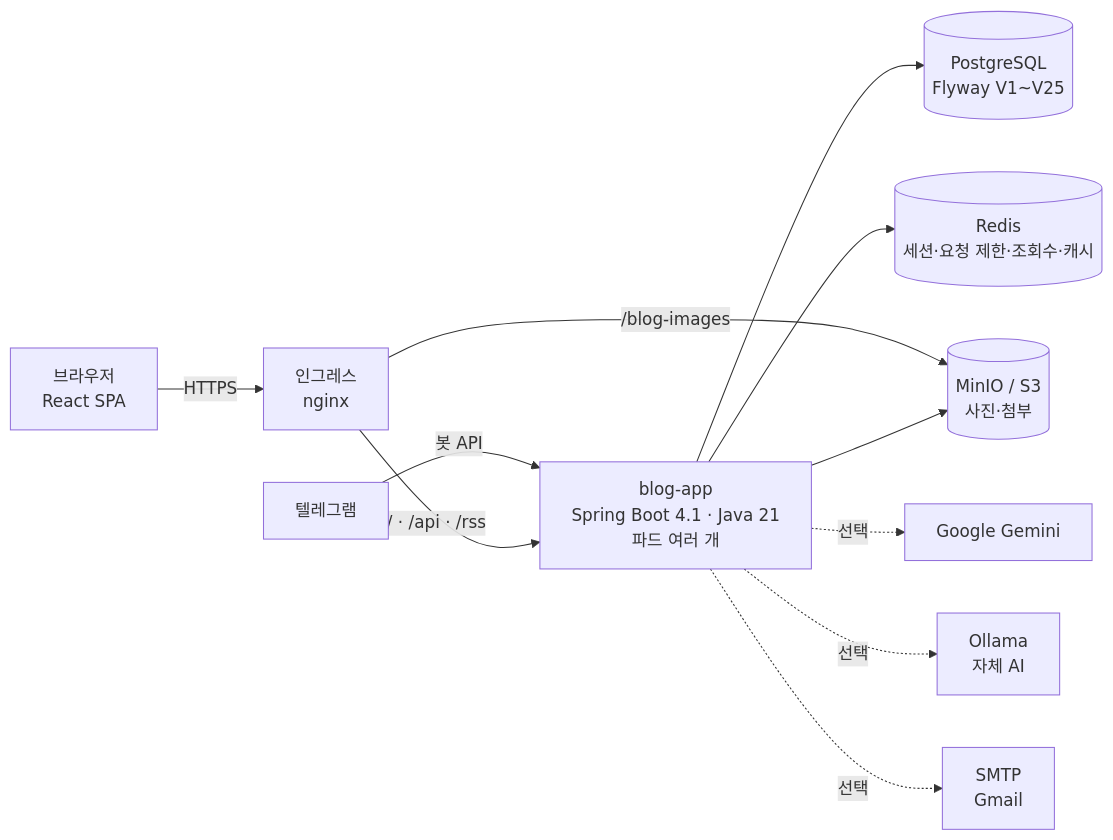
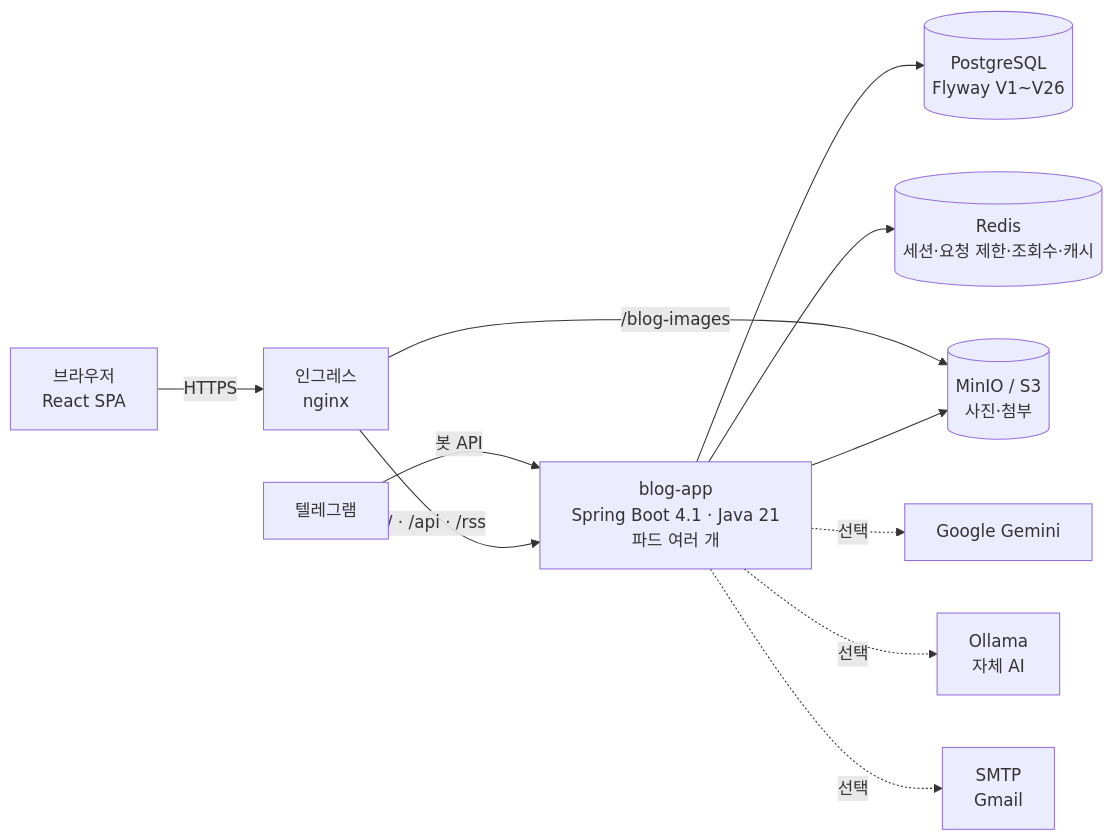
The first of 3 diagrams in profile/README.md (AIGJ-01-002-blog/.github), drawn with Mermaid before and after one commit. The commit also changed other lines of this file, not shown here.

````diff
--- a/profile/README.md
+++ b/profile/README.md
@@ -149,13 +149,13 @@
 ```mermaid
 flowchart LR
     B[브라우저<br/>React SPA] -->|HTTPS| I[인그레스<br/>nginx]
     T[텔레그램] -->|봇 API| A
     I -->|/ · /api · /rss| A[blog-app<br/>Spring Boot 4.1 · Java 21<br/>파드 여러 개]
     I -->|/blog-images| M[(MinIO / S3<br/>사진·첨부)]
-    A --> P[(PostgreSQL<br/>Flyway V1~V25)]
+    A --> P[(PostgreSQL<br/>Flyway V1~V26)]
     A --> R[(Redis<br/>세션·요청 제한·조회수·캐시)]
     A --> M
     A -.선택.-> G[Google Gemini]
     A -.선택.-> O[Ollama<br/>자체 AI]
     A -.선택.-> S[SMTP<br/>Gmail]
 ```
````
